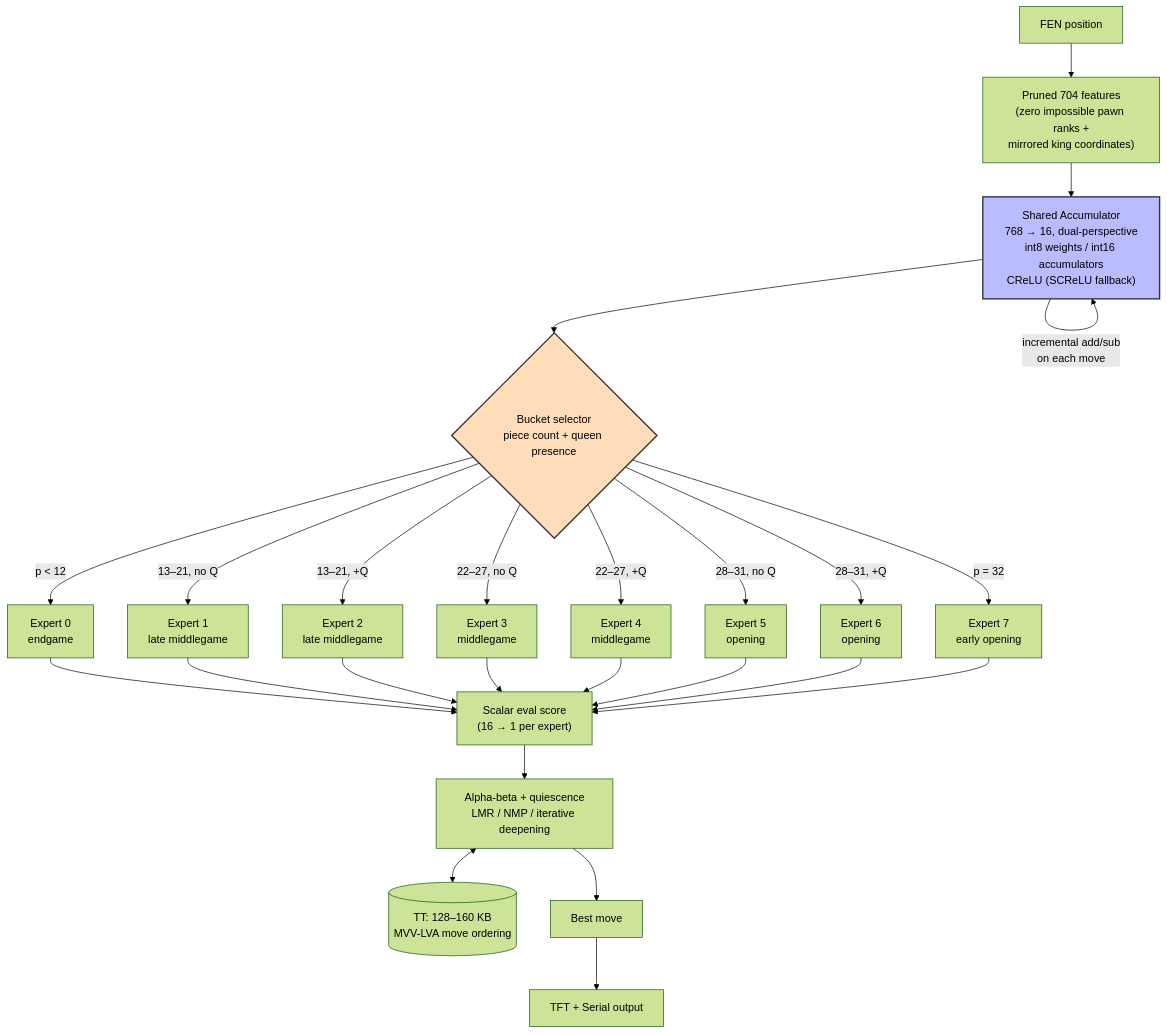
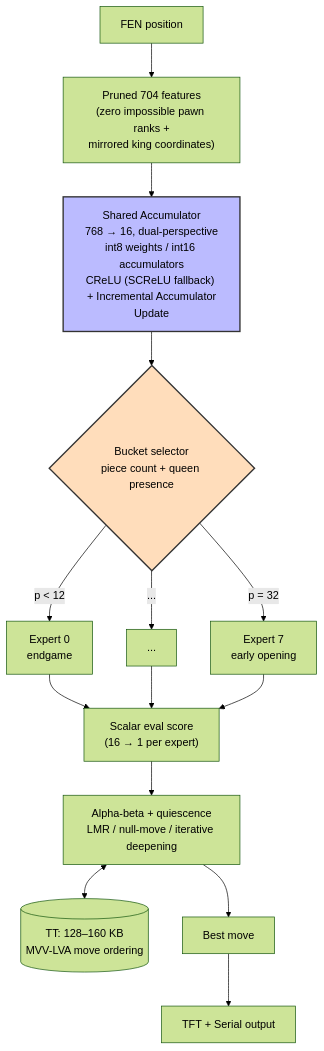
Before and after one commit to Omega97/TinyML_Internship: the second of 2 diagrams in NOTES/SARDINE 🐟.md, drawn with Mermaid (forest theme). The commit also changed other lines of this file, not shown here.

````diff
--- a/NOTES/SARDINE 🐟.md
+++ b/NOTES/SARDINE 🐟.md
@@ -57,29 +57,22 @@
 ```mermaid
 flowchart TD
     FEN["FEN position"] --> FEAT["Pruned 704 features<br/>(zero impossible pawn ranks +<br/>mirrored king coordinates)"]
 
-    FEAT --> ACC["Shared Accumulator<br/>768 → 16, dual-perspective<br/>int8 weights / int16 accumulators<br/>CReLU (SCReLU fallback)"]
-
-    ACC -->|"incremental add/sub<br/>on each move"| ACC
+    FEAT --> ACC["Shared Accumulator<br/>768 → 16, dual-perspective<br/>int8 weights / int16 accumulators<br/>CReLU (SCReLU fallback) <br/> + Incremental Accumulator Update"]
 
     ACC --> BUCKET{"Bucket selector<br/>piece count + queen presence"}
 
     BUCKET -->|"p < 12"| E0["Expert 0<br/>endgame"]
-    BUCKET -->|"13–21, no Q"| E1["Expert 1<br/>late middlegame"]
-    BUCKET -->|"13–21, +Q"| E2["Expert 2<br/>late middlegame"]
-    BUCKET -->|"22–27, no Q"| E3["Expert 3<br/>middlegame"]
-    BUCKET -->|"22–27, +Q"| E4["Expert 4<br/>middlegame"]
-    BUCKET -->|"28–31, no Q"| E5["Expert 5<br/>opening"]
-    BUCKET -->|"28–31, +Q"| E6["Expert 6<br/>opening"]
+    BUCKET -->|"..."| E1["..."]
     BUCKET -->|"p = 32"| E7["Expert 7<br/>early opening"]
 
-    E0 & E1 & E2 & E3 & E4 & E5 & E6 & E7 --> OUT["Scalar eval score<br/>(16 → 1 per expert)"]
+    E0 & E1 & E7 --> OUT["Scalar eval score<br/>(16 → 1 per expert)"]
 
-    OUT --> SEARCH["Alpha-beta + quiescence<br/>LMR / NMP / iterative deepening"]
+    OUT --> SEARCH["Alpha-beta + quiescence<br/>LMR / null-move / iterative deepening"]
     SEARCH <--> TT[("TT: 128–160 KB<br/>MVV-LVA move ordering")]
     SEARCH --> BEST["Best move"]
     BEST --> IO["TFT + Serial output"]
 
     style ACC fill:#bbf,stroke:#333,stroke-width:2px
     style BUCKET fill:#fdb,stroke:#333,stroke-width:2px
 ```
````
